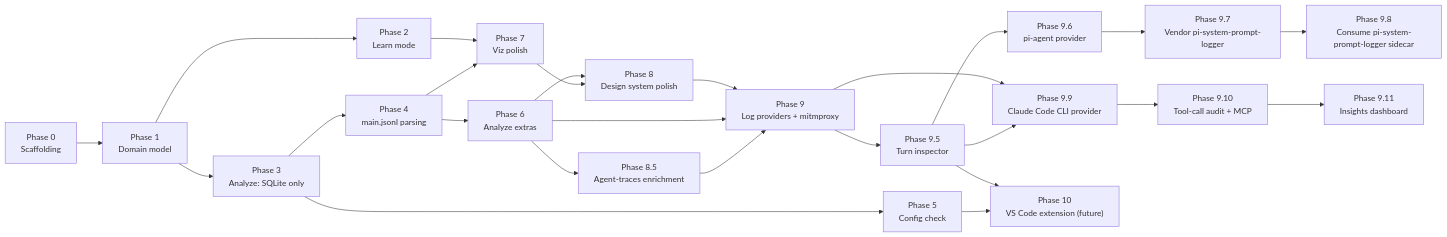
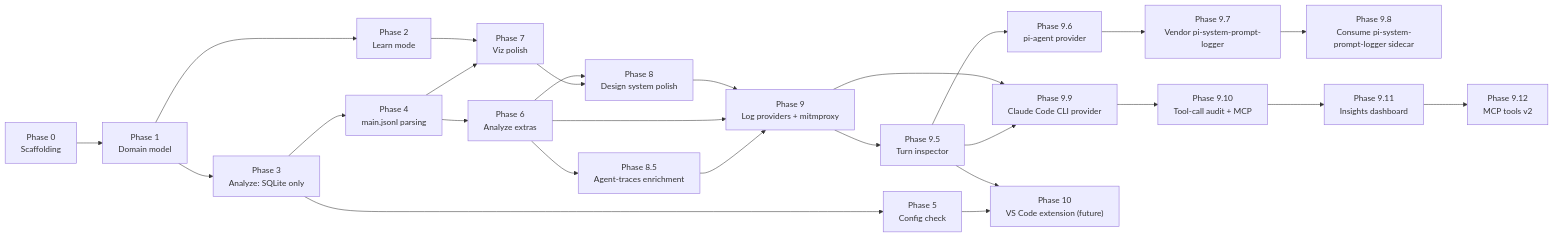
The diagram in docs/implementation-plan.md (raulkivi/agent-cost-analyzer), drawn with Mermaid before and after one commit. The commit also changed other lines of this file and 44 other files, not shown here.

First line of the commit message:
feat(mcp): cost, findings and turn tools plus a UX pass (Phase 9.12) (#51)

````diff
--- a/docs/implementation-plan.md
+++ b/docs/implementation-plan.md
@@ -1204,27 +1230,28 @@
 ```mermaid
 flowchart LR
     P0["Phase 0<br/>Scaffolding"] --> P1["Phase 1<br/>Domain model"]
     P1 --> P2["Phase 2<br/>Learn mode"]
     P1 --> P3["Phase 3<br/>Analyze: SQLite only"]
     P3 --> P4["Phase 4<br/>main.jsonl parsing"]
     P3 --> P5["Phase 5<br/>Config check"]
     P4 --> P6["Phase 6<br/>Analyze extras"]
     P2 --> P7["Phase 7<br/>Viz polish"]
     P4 --> P7
     P6 --> P8["Phase 8<br/>Design system polish"]
     P7 --> P8
     P6 --> P85["Phase 8.5<br/>Agent-traces enrichment"]
     P8 --> P9["Phase 9<br/>Log providers + mitmproxy"]
     P6 --> P9
     P85 --> P9
     P9 --> P95["Phase 9.5<br/>Turn inspector"]
     P95 --> P96["Phase 9.6<br/>pi-agent provider"]
     P96 --> P97["Phase 9.7<br/>Vendor pi-system-prompt-logger"]
     P97 --> P98["Phase 9.8<br/>Consume pi-system-prompt-logger sidecar"]
     P9 --> P99["Phase 9.9<br/>Claude Code CLI provider"]
     P95 --> P99
     P99 --> P910["Phase 9.10<br/>Tool-call audit + MCP"]
     P910 --> P911["Phase 9.11<br/>Insights dashboard"]
+    P911 --> P912["Phase 9.12<br/>MCP tools v2"]
     P95 --> P10["Phase 10<br/>VS Code extension (future)"]
     P5 --> P10
 ```
````
